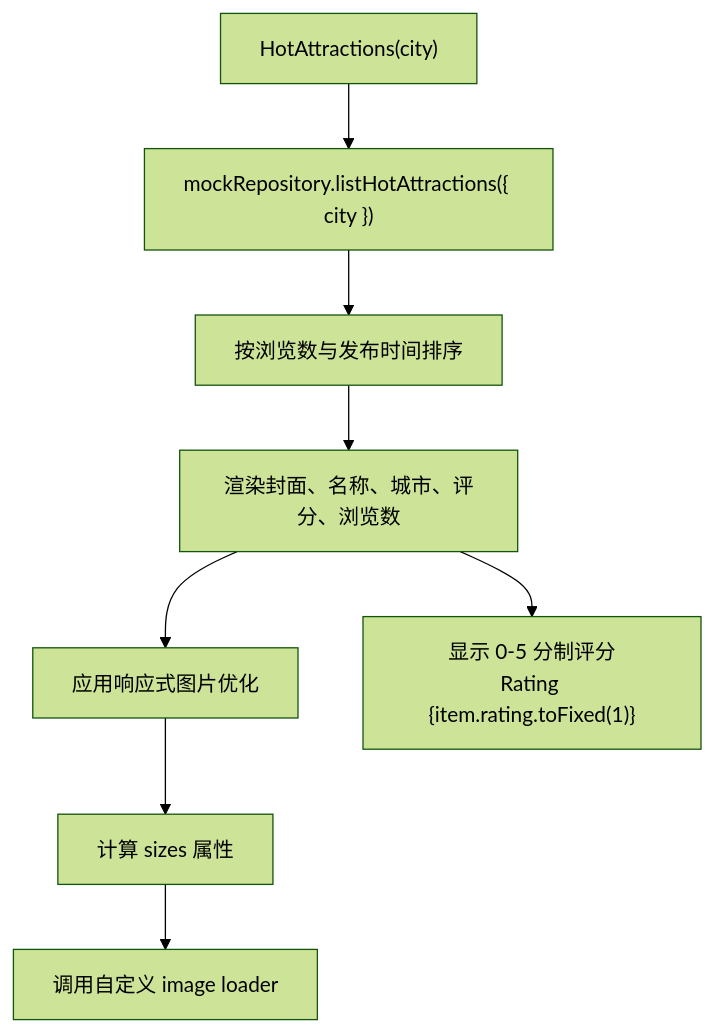
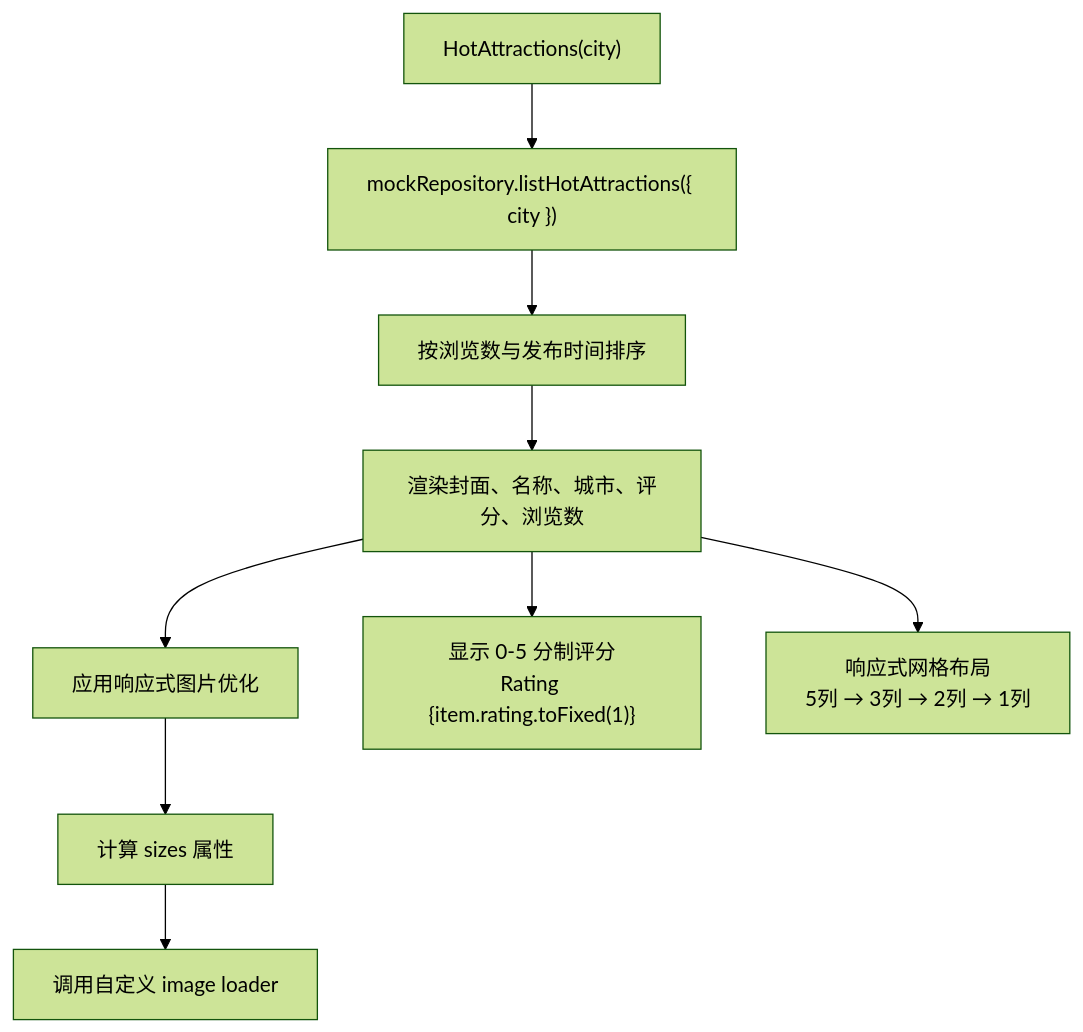
Diagram 12 of 15 in .qoder/repowiki/zh/content/规格驱动开发/WanderChain 首页规格文档/WanderChain 首页规格文档.md (luyitiger6/my-first-project), drawn with Mermaid (forest theme) before and after one commit. The commit also changed other lines of this file and 33 other files, not shown here.

````diff
--- a/.qoder/repowiki/zh/content/规格驱动开发/WanderChain 首页规格文档/WanderChain 首页规格文档.md
+++ b/.qoder/repowiki/zh/content/规格驱动开发/WanderChain 首页规格文档/WanderChain 首页规格文档.md
@@ -476,10 +507,11 @@
 ```mermaid
 flowchart TD
 Start["HotAttractions(city)"] --> Fetch["mockRepository.listHotAttractions({ city })"]
 Fetch --> Sort["按浏览数与发布时间排序"]
 Sort --> Render["渲染封面、名称、城市、评分、浏览数"]
 Render --> ImageOpt["应用响应式图片优化"]
 ImageOpt --> Sizes["计算 sizes 属性"]
 Sizes --> Loader["调用自定义 image loader"]
 Render --> RatingDisplay["显示 0-5 分制评分<br/>Rating {item.rating.toFixed(1)}"]
+Render --> ResponsiveGrid["响应式网格布局<br/>5列 → 3列 → 2列 → 1列"]
 ```
````
